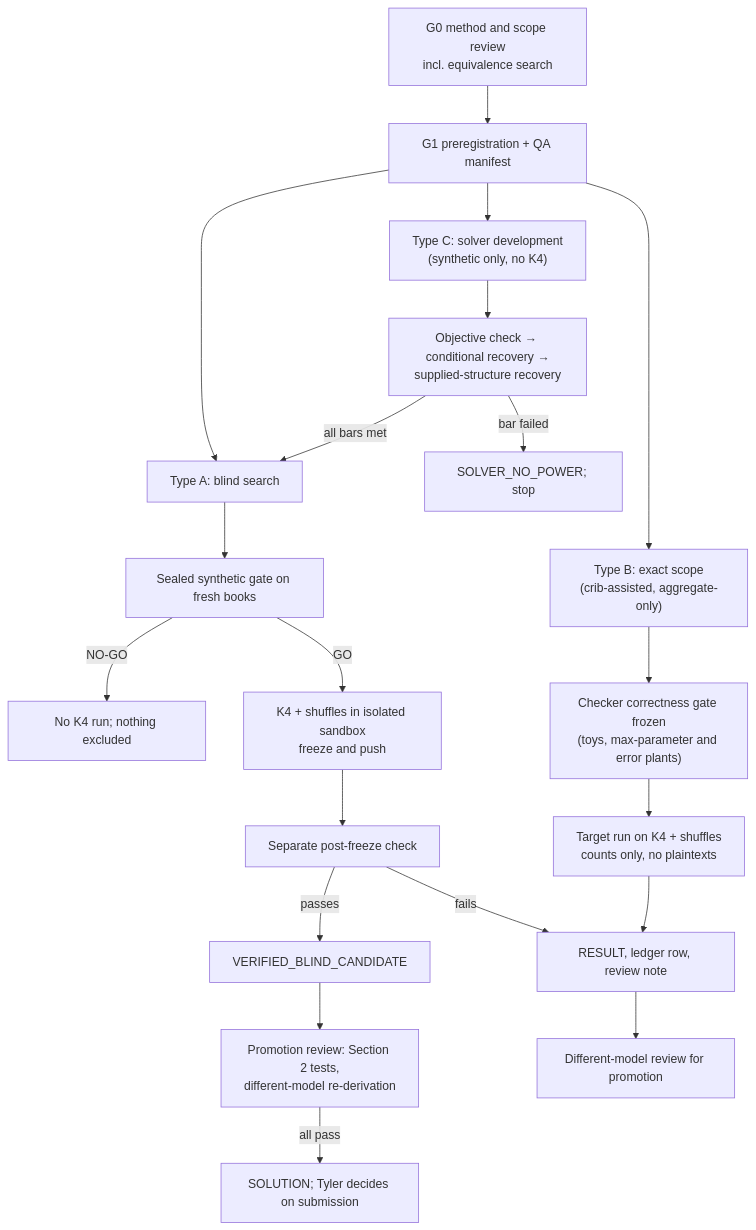
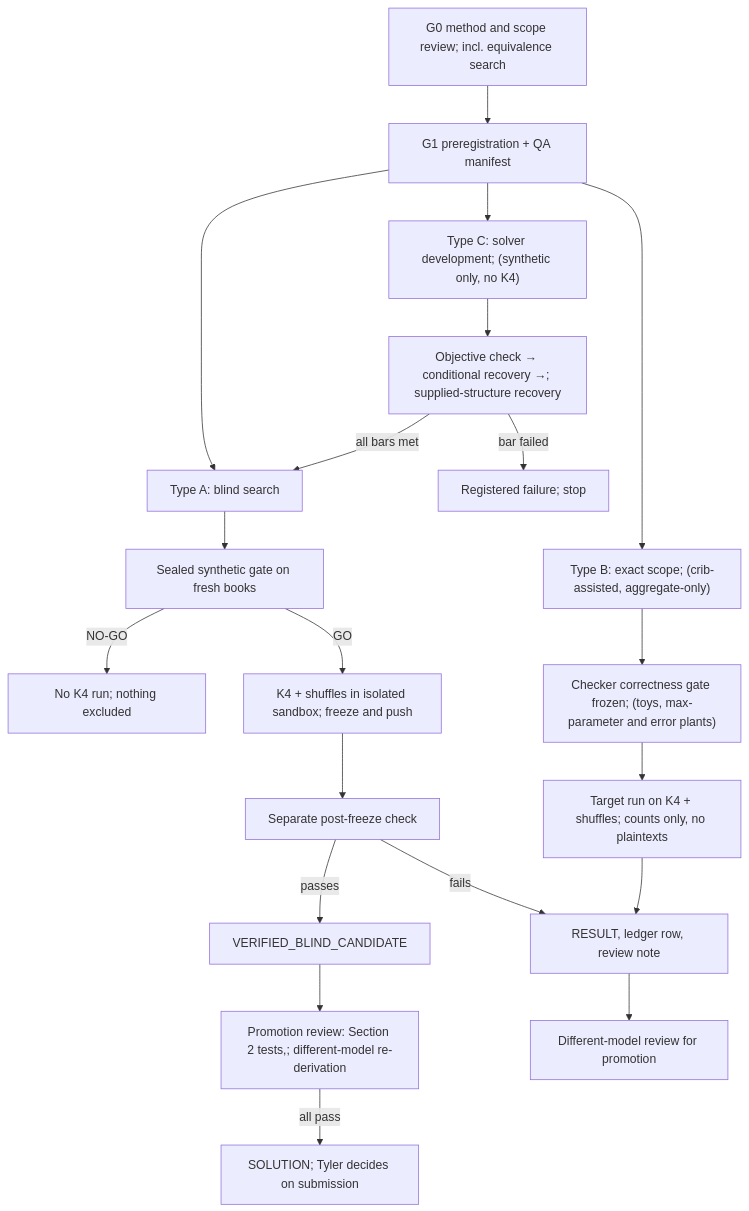
One commit to tylerj-spec/kryptos-k4 changed the first of 2 diagrams in audit/RESEARCH_CHARTER.md. Above: the diagram before and after it, drawn with Mermaid. The commit also changed other lines of this file and 2 other files, not shown here.

Commit message:
Reconcile PR106 roadmap with active R95 work and blind research rules

````diff
--- a/audit/RESEARCH_CHARTER.md
+++ b/audit/RESEARCH_CHARTER.md
@@ -162,22 +187,22 @@
 ```mermaid
 flowchart TD
-    G0["G0 method and scope review<br/>incl. equivalence search"] --> G1["G1 preregistration + QA manifest"]
-    G1 --> C1["Type C: solver development<br/>(synthetic only, no K4)"]
+    G0["G0 method and scope review; incl. equivalence search"] --> G1["G1 preregistration + QA manifest"]
+    G1 --> C1["Type C: solver development; (synthetic only, no K4)"]
     G1 --> A1["Type A: blind search"]
-    G1 --> B1["Type B: exact scope<br/>(crib-assisted, aggregate-only)"]
-    C1 --> C2["Objective check → conditional recovery →<br/>supplied-structure recovery"]
-    C2 -->|bar failed| CX["SOLVER_NO_POWER; stop"]
+    G1 --> B1["Type B: exact scope; (crib-assisted, aggregate-only)"]
+    C1 --> C2["Objective check → conditional recovery →; supplied-structure recovery"]
+    C2 -->|bar failed| CX["Registered failure; stop"]
     C2 -->|all bars met| A1
     A1 --> A2["Sealed synthetic gate on fresh books"]
     A2 -->|NO-GO| AX["No K4 run; nothing excluded"]
-    A2 -->|GO| A3["K4 + shuffles in isolated sandbox<br/>freeze and push"]
+    A2 -->|GO| A3["K4 + shuffles in isolated sandbox; freeze and push"]
     A3 --> A4["Separate post-freeze check"]
     A4 -->|passes| V["VERIFIED_BLIND_CANDIDATE"]
     A4 -->|fails| R["RESULT, ledger row, review note"]
-    B1 --> B2["Checker correctness gate frozen<br/>(toys, max-parameter and error plants)"]
-    B2 --> B3["Target run on K4 + shuffles<br/>counts only, no plaintexts"]
+    B1 --> B2["Checker correctness gate frozen; (toys, max-parameter and error plants)"]
+    B2 --> B3["Target run on K4 + shuffles; counts only, no plaintexts"]
     B3 --> R
-    V --> P["Promotion review: Section 2 tests,<br/>different-model re-derivation"]
+    V --> P["Promotion review: Section 2 tests,; different-model re-derivation"]
     P -->|all pass| S["SOLUTION; Tyler decides on submission"]
     R --> D["Different-model review for promotion"]
 ```
````
